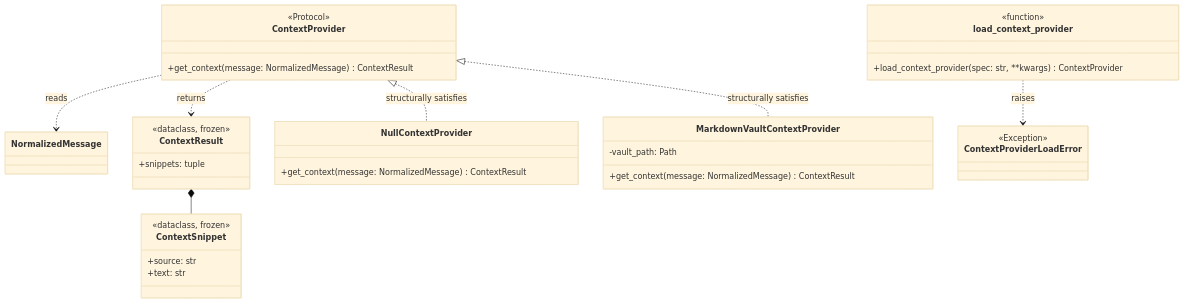
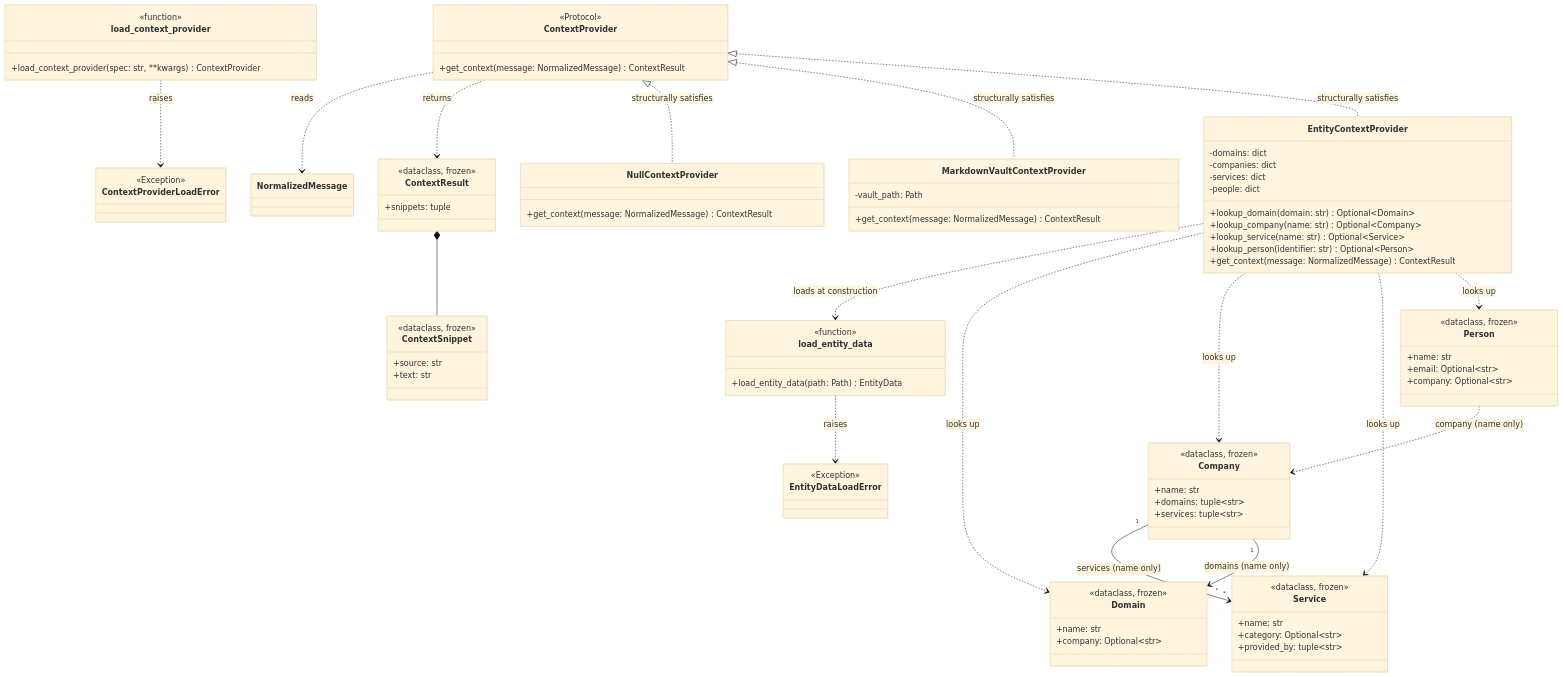
Before and after one commit to Stainless5166/friendly-octo-spork: diagram 23 of 42 in docs/DESIGN.md, drawn with Mermaid (base theme). The commit also changed other lines of this file and 1 other file, not shown here.

First line of the commit message:
Design: EntityContextProvider, a structured knowledge base backend (M9 prototype)

````diff
--- a/docs/DESIGN.md
+++ b/docs/DESIGN.md
@@ -1488,11 +1497,60 @@
         -vault_path: Path
         +get_context(message: NormalizedMessage) ContextResult
     }
+    class Domain {
+        <<dataclass, frozen>>
+        +name: str
+        +company: Optional~str~
+    }
+    class Company {
+        <<dataclass, frozen>>
+        +name: str
+        +domains: tuple~str~
+        +services: tuple~str~
+    }
+    class Service {
+        <<dataclass, frozen>>
+        +name: str
+        +category: Optional~str~
+        +provided_by: tuple~str~
+    }
+    class Person {
+        <<dataclass, frozen>>
+        +name: str
+        +email: Optional~str~
+        +company: Optional~str~
+    }
+    class EntityDataLoadError { <<Exception>> }
+    class load_entity_data {
+        <<function>>
+        +load_entity_data(path: Path) EntityData
+    }
+    class EntityContextProvider {
+        -domains: dict
+        -companies: dict
+        -services: dict
+        -people: dict
+        +lookup_domain(domain: str) Optional~Domain~
+        +lookup_company(name: str) Optional~Company~
+        +lookup_service(name: str) Optional~Service~
+        +lookup_person(identifier: str) Optional~Person~
+        +get_context(message: NormalizedMessage) ContextResult
+    }
 
     ContextProvider ..> NormalizedMessage : reads
     ContextProvider ..> ContextResult : returns
     ContextResult *-- ContextSnippet
     ContextProvider <|.. NullContextProvider : structurally satisfies
     ContextProvider <|.. MarkdownVaultContextProvider : structurally satisfies
+    ContextProvider <|.. EntityContextProvider : structurally satisfies
     load_context_provider ..> ContextProviderLoadError : raises
+    EntityContextProvider ..> load_entity_data : loads at construction
+    load_entity_data ..> EntityDataLoadError : raises
+    Company "1" --> "*" Service : services (name only)
+    Company "1" --> "*" Domain : domains (name only)
+    Person ..> Company : company (name only)
+    EntityContextProvider ..> Domain : looks up
+    EntityContextProvider ..> Company : looks up
+    EntityContextProvider ..> Service : looks up
+    EntityContextProvider ..> Person : looks up
 ```
````
